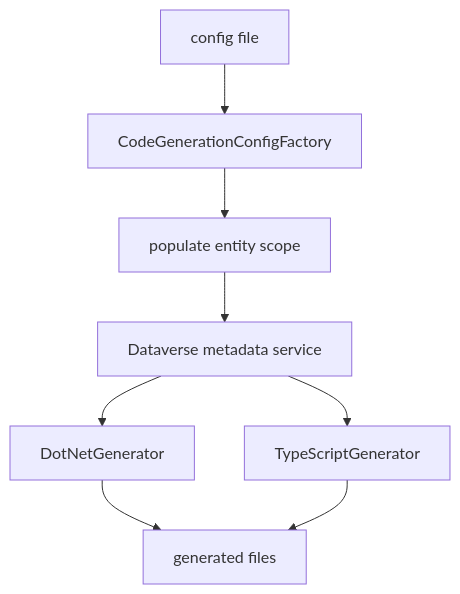
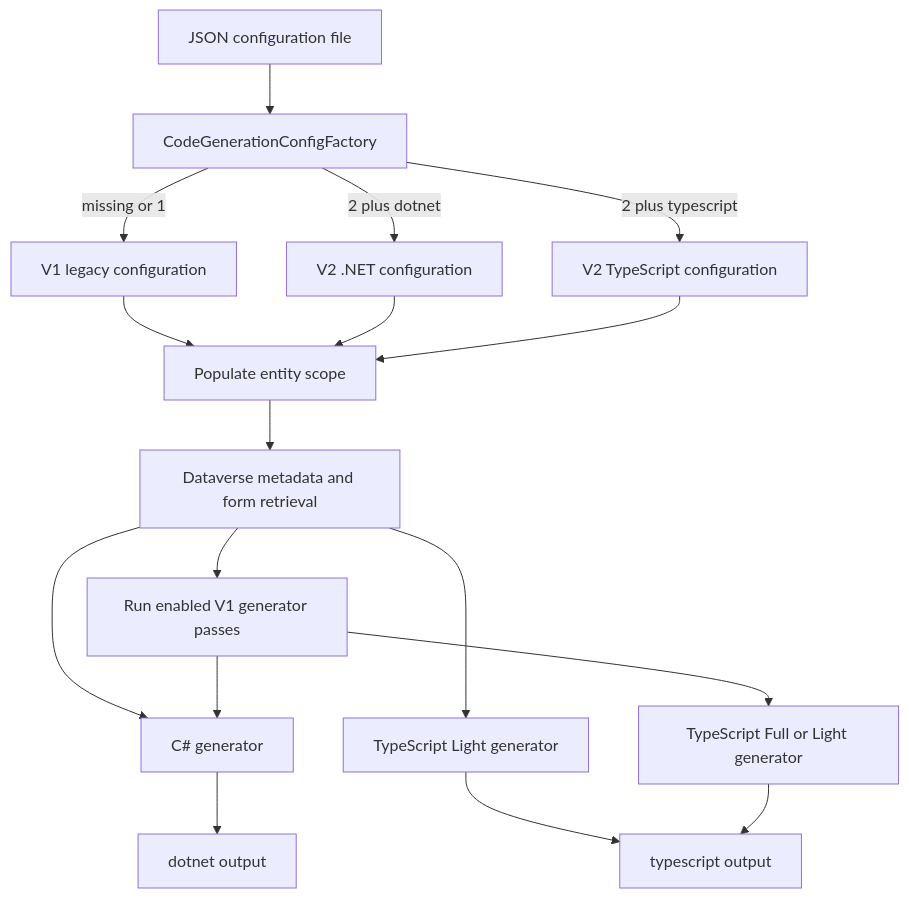
Before and after one commit to DIGITALLNature/DigitallPower: the diagram in openwiki/workflows/code-generation.md, drawn with Mermaid. The commit also changed other lines of this file and 29 other files, not shown here.

````diff
--- a/openwiki/workflows/code-generation.md
+++ b/openwiki/workflows/code-generation.md
@@ -11,10 +53,19 @@
 ```mermaid
 flowchart TD
-    Config["config file"] --> Parse["CodeGenerationConfigFactory"]
-    Parse --> Scope["populate entity scope"]
-    Scope --> Metadata["Dataverse metadata service"]
-    Metadata --> DotNet["DotNetGenerator"]
-    Metadata --> TS["TypeScriptGenerator"]
-    DotNet --> Files["generated files"]
-    TS --> Files
+    File["JSON configuration file"] --> Factory["CodeGenerationConfigFactory"]
+    Factory -->|"missing or 1"| V1["V1 legacy configuration"]
+    Factory -->|"2 plus dotnet"| V2DotNet["V2 .NET configuration"]
+    Factory -->|"2 plus typescript"| V2TypeScript["V2 TypeScript configuration"]
+    V1 --> Scope["Populate entity scope"]
+    V2DotNet --> Scope
+    V2TypeScript --> Scope
+    Scope --> Metadata["Dataverse metadata and form retrieval"]
+    Metadata --> V1Dispatch["Run enabled V1 generator passes"]
+    Metadata --> DotNet["C# generator"]
+    Metadata --> TypeScript["TypeScript Light generator"]
+    V1Dispatch --> DotNet
+    V1Dispatch --> LegacyTypeScript["TypeScript Full or Light generator"]
+    DotNet --> CSharpFiles["dotnet output"]
+    TypeScript --> TsFiles["typescript output"]
+    LegacyTypeScript --> TsFiles
 ```
````
